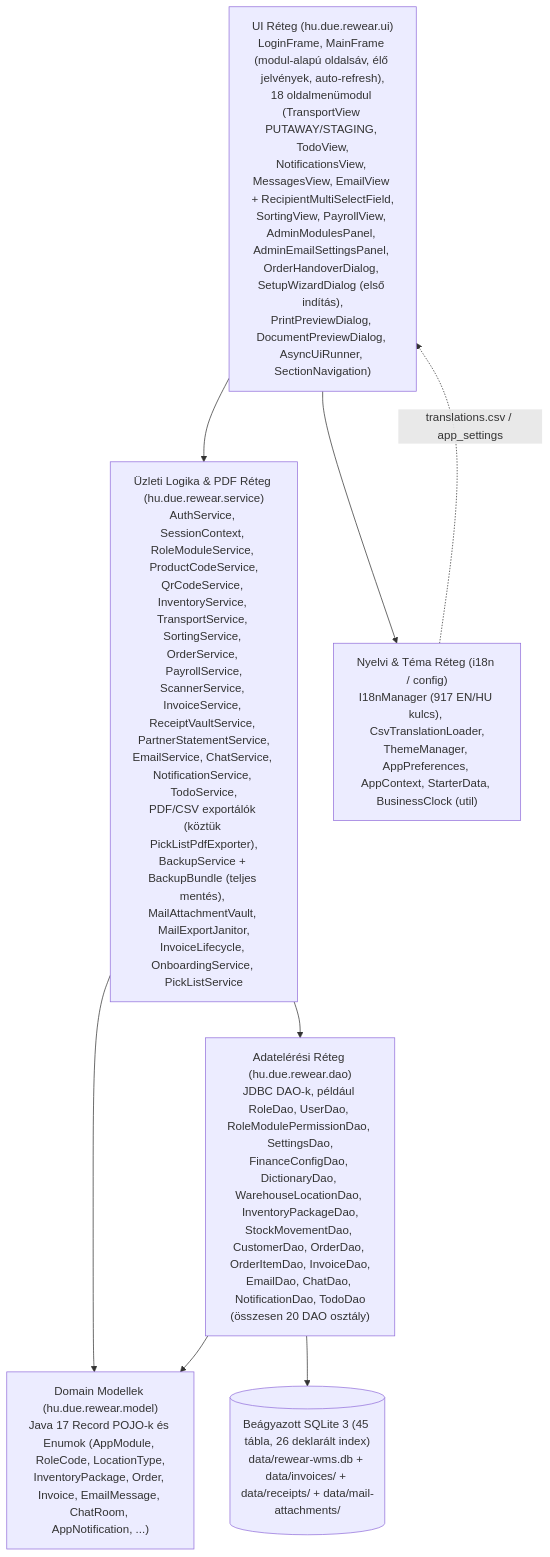
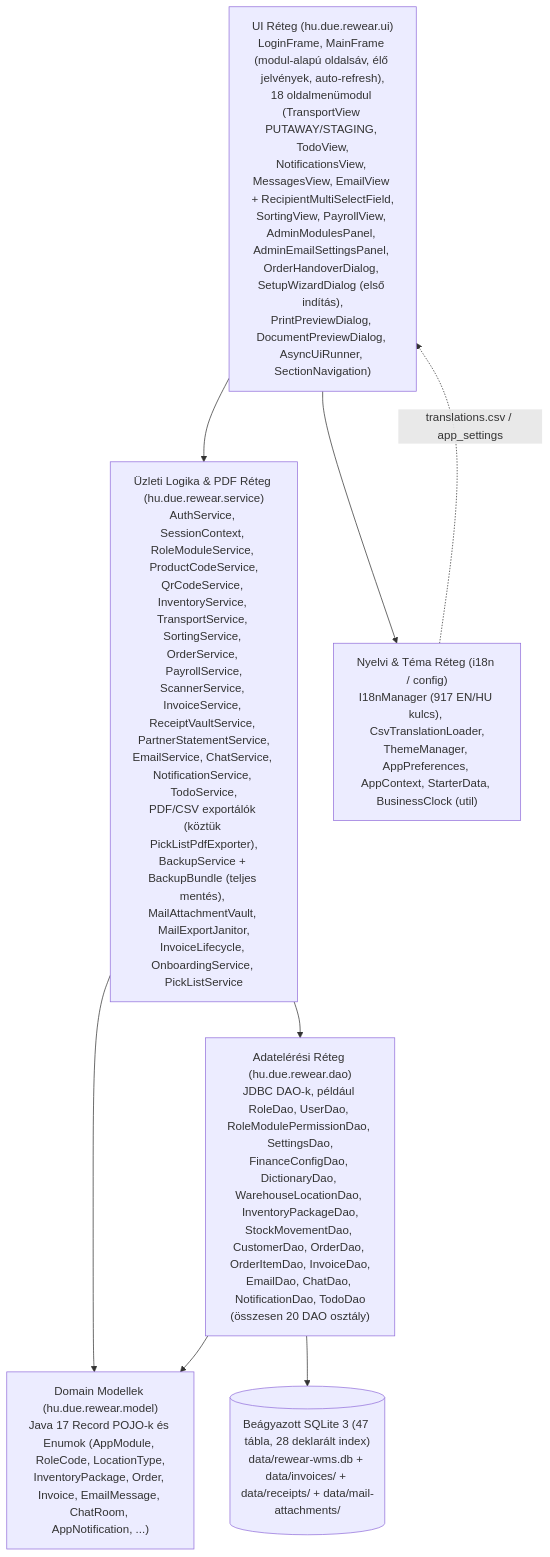
Before and after one commit to attilaczudor/due-prog-03: the first of 8 diagrams in docs/Programterv.md, drawn with Mermaid. The commit also changed other lines of this file and 38 other files, not shown here.

````diff
--- a/docs/Programterv.md
+++ b/docs/Programterv.md
@@ -11,17 +11,17 @@
 ```mermaid
 flowchart TD
     UI["UI Réteg (hu.due.rewear.ui)<br/>LoginFrame, MainFrame (modul-alapú oldalsáv, élő jelvények, auto-refresh),<br/>18 oldalmenümodul (TransportView PUTAWAY/STAGING, TodoView,<br/>NotificationsView, MessagesView, EmailView + RecipientMultiSelectField,<br/>SortingView, PayrollView, AdminModulesPanel, AdminEmailSettingsPanel, OrderHandoverDialog, SetupWizardDialog (első indítás),<br/>PrintPreviewDialog, DocumentPreviewDialog, AsyncUiRunner, SectionNavigation)"]
     SVC["Üzleti Logika & PDF Réteg (hu.due.rewear.service)<br/>AuthService, SessionContext, RoleModuleService, ProductCodeService,<br/>QrCodeService, InventoryService, TransportService, SortingService, OrderService, PayrollService,<br/>ScannerService, InvoiceService, ReceiptVaultService, PartnerStatementService,<br/>EmailService, ChatService, NotificationService, TodoService,<br/>PDF/CSV exportálók (köztük PickListPdfExporter),<br/>BackupService + BackupBundle (teljes mentés), MailAttachmentVault, MailExportJanitor,<br/>InvoiceLifecycle, OnboardingService, PickListService"]
     I18N["Nyelvi & Téma Réteg (i18n / config)<br/>I18nManager (917 EN/HU kulcs), CsvTranslationLoader,<br/>ThemeManager, AppPreferences, AppContext, StarterData, BusinessClock (util)"]
     DAO["Adatelérési Réteg (hu.due.rewear.dao)<br/>JDBC DAO-k, például RoleDao, UserDao, RoleModulePermissionDao, SettingsDao,<br/>FinanceConfigDao, DictionaryDao, WarehouseLocationDao, InventoryPackageDao,<br/>StockMovementDao, CustomerDao, OrderDao, OrderItemDao, InvoiceDao,<br/>EmailDao, ChatDao, NotificationDao, TodoDao<br/>(összesen 20 DAO osztály)"]
     MODEL["Domain Modellek (hu.due.rewear.model)<br/>Java 17 Record POJO-k és Enumok (AppModule, RoleCode, LocationType,<br/>InventoryPackage, Order, Invoice, EmailMessage, ChatRoom, AppNotification, ...)"]
-    DB[("Beágyazott SQLite 3 (45 tábla, 26 deklarált index)<br/>data/rewear-wms.db + data/invoices/ + data/receipts/ + data/mail-attachments/")]
+    DB[("Beágyazott SQLite 3 (47 tábla, 28 deklarált index)<br/>data/rewear-wms.db + data/invoices/ + data/receipts/ + data/mail-attachments/")]
 
     UI --> SVC
     UI --> I18N
     SVC --> DAO
     SVC --> MODEL
     DAO --> MODEL
     DAO --> DB
     I18N -.->|"translations.csv / app_settings"| UI
 ```
````
